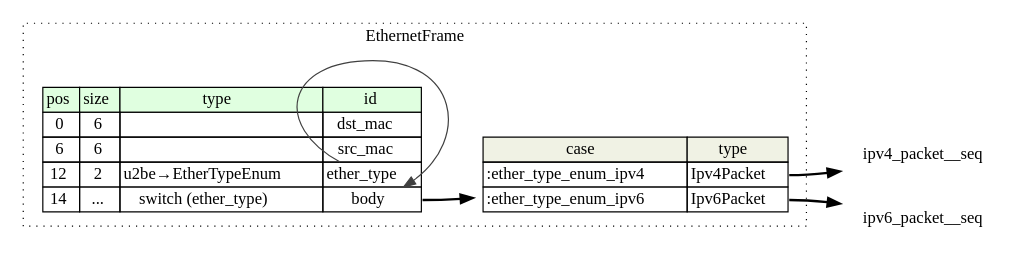
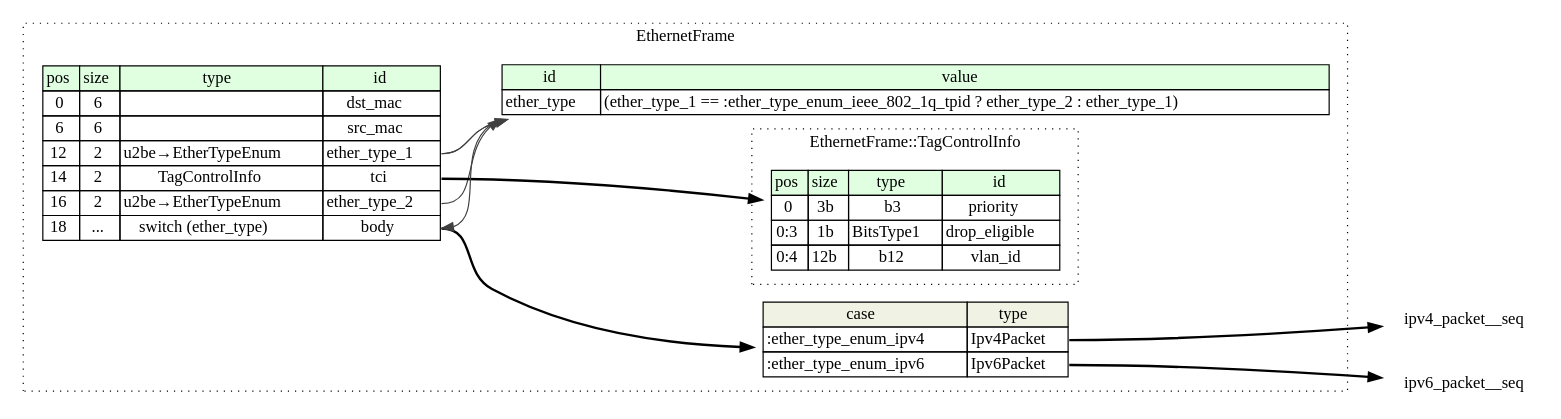
The diagram in ethernet_frame/src/graphviz/ethernet_frame.dot (kaitai-io/formats-kaitai-io.github.io), drawn with Graphviz before and after one commit. The commit also changed 2440 other files, not shown here.

```diff
--- a/ethernet_frame/src/graphviz/ethernet_frame.dot
+++ b/ethernet_frame/src/graphviz/ethernet_frame.dot
@@ -1,25 +1,46 @@
 digraph {
 	rankdir=LR;
 	node [shape=plaintext];
 	subgraph cluster__ethernet_frame {
 		label="EthernetFrame";
 		graph[style=dotted];
 
 		ethernet_frame__seq [label=<<TABLE BORDER="0" CELLBORDER="1" CELLSPACING="0">
 			<TR><TD BGCOLOR="#E0FFE0">pos</TD><TD BGCOLOR="#E0FFE0">size</TD><TD BGCOLOR="#E0FFE0">type</TD><TD BGCOLOR="#E0FFE0">id</TD></TR>
 			<TR><TD PORT="dst_mac_pos">0</TD><TD PORT="dst_mac_size">6</TD><TD></TD><TD PORT="dst_mac_type">dst_mac</TD></TR>
 			<TR><TD PORT="src_mac_pos">6</TD><TD PORT="src_mac_size">6</TD><TD></TD><TD PORT="src_mac_type">src_mac</TD></TR>
-			<TR><TD PORT="ether_type_pos">12</TD><TD PORT="ether_type_size">2</TD><TD>u2be→EtherTypeEnum</TD><TD PORT="ether_type_type">ether_type</TD></TR>
-			<TR><TD PORT="body_pos">14</TD><TD PORT="body_size">...</TD><TD>switch (ether_type)</TD><TD PORT="body_type">body</TD></TR>
+			<TR><TD PORT="ether_type_1_pos">12</TD><TD PORT="ether_type_1_size">2</TD><TD>u2be→EtherTypeEnum</TD><TD PORT="ether_type_1_type">ether_type_1</TD></TR>
+			<TR><TD PORT="tci_pos">14</TD><TD PORT="tci_size">2</TD><TD>TagControlInfo</TD><TD PORT="tci_type">tci</TD></TR>
+			<TR><TD PORT="ether_type_2_pos">16</TD><TD PORT="ether_type_2_size">2</TD><TD>u2be→EtherTypeEnum</TD><TD PORT="ether_type_2_type">ether_type_2</TD></TR>
+			<TR><TD PORT="body_pos">18</TD><TD PORT="body_size">...</TD><TD>switch (ether_type)</TD><TD PORT="body_type">body</TD></TR>
+		</TABLE>>];
+		ethernet_frame__inst__ether_type [label=<<TABLE BORDER="0" CELLBORDER="1" CELLSPACING="0">
+			<TR><TD BGCOLOR="#E0FFE0">id</TD><TD BGCOLOR="#E0FFE0">value</TD></TR>
+			<TR><TD>ether_type</TD><TD>(ether_type_1 == :ether_type_enum_ieee_802_1q_tpid ? ether_type_2 : ether_type_1)</TD></TR>
 		</TABLE>>];
 ethernet_frame__seq_body_switch [label=<<TABLE BORDER="0" CELLBORDER="1" CELLSPACING="0">
 	<TR><TD BGCOLOR="#F0F2E4">case</TD><TD BGCOLOR="#F0F2E4">type</TD></TR>
 	<TR><TD>:ether_type_enum_ipv4</TD><TD PORT="case0">Ipv4Packet</TD></TR>
 	<TR><TD>:ether_type_enum_ipv6</TD><TD PORT="case1">Ipv6Packet</TD></TR>
 </TABLE>>];
+		subgraph cluster__tag_control_info {
+			label="EthernetFrame::TagControlInfo";
+			graph[style=dotted];
+
+			tag_control_info__seq [label=<<TABLE BORDER="0" CELLBORDER="1" CELLSPACING="0">
+				<TR><TD BGCOLOR="#E0FFE0">pos</TD><TD BGCOLOR="#E0FFE0">size</TD><TD BGCOLOR="#E0FFE0">type</TD><TD BGCOLOR="#E0FFE0">id</TD></TR>
+				<TR><TD PORT="priority_pos">0</TD><TD PORT="priority_size">3b</TD><TD>b3</TD><TD PORT="priority_type">priority</TD></TR>
+				<TR><TD PORT="drop_eligible_pos">0:3</TD><TD PORT="drop_eligible_size">1b</TD><TD>BitsType1</TD><TD PORT="drop_eligible_type">drop_eligible</TD></TR>
+				<TR><TD PORT="vlan_id_pos">0:4</TD><TD PORT="vlan_id_size">12b</TD><TD>b12</TD><TD PORT="vlan_id_type">vlan_id</TD></TR>
+			</TABLE>>];
+		}
 	}
+	ethernet_frame__seq:tci_type -> tag_control_info__seq [style=bold];
 	ethernet_frame__seq:body_type -> ethernet_frame__seq_body_switch [style=bold];
 	ethernet_frame__seq_body_switch:case0 -> ipv4_packet__seq [style=bold];
 	ethernet_frame__seq_body_switch:case1 -> ipv6_packet__seq [style=bold];
-	ethernet_frame__seq:ether_type_type -> ethernet_frame__seq:body_type [color="#404040"];
+	ethernet_frame__inst__ether_type:ether_type_type -> ethernet_frame__seq:body_type [color="#404040"];
+	ethernet_frame__seq:ether_type_1_type -> ethernet_frame__inst__ether_type [color="#404040"];
+	ethernet_frame__seq:ether_type_2_type -> ethernet_frame__inst__ether_type [color="#404040"];
+	ethernet_frame__seq:ether_type_1_type -> ethernet_frame__inst__ether_type [color="#404040"];
 }
```
